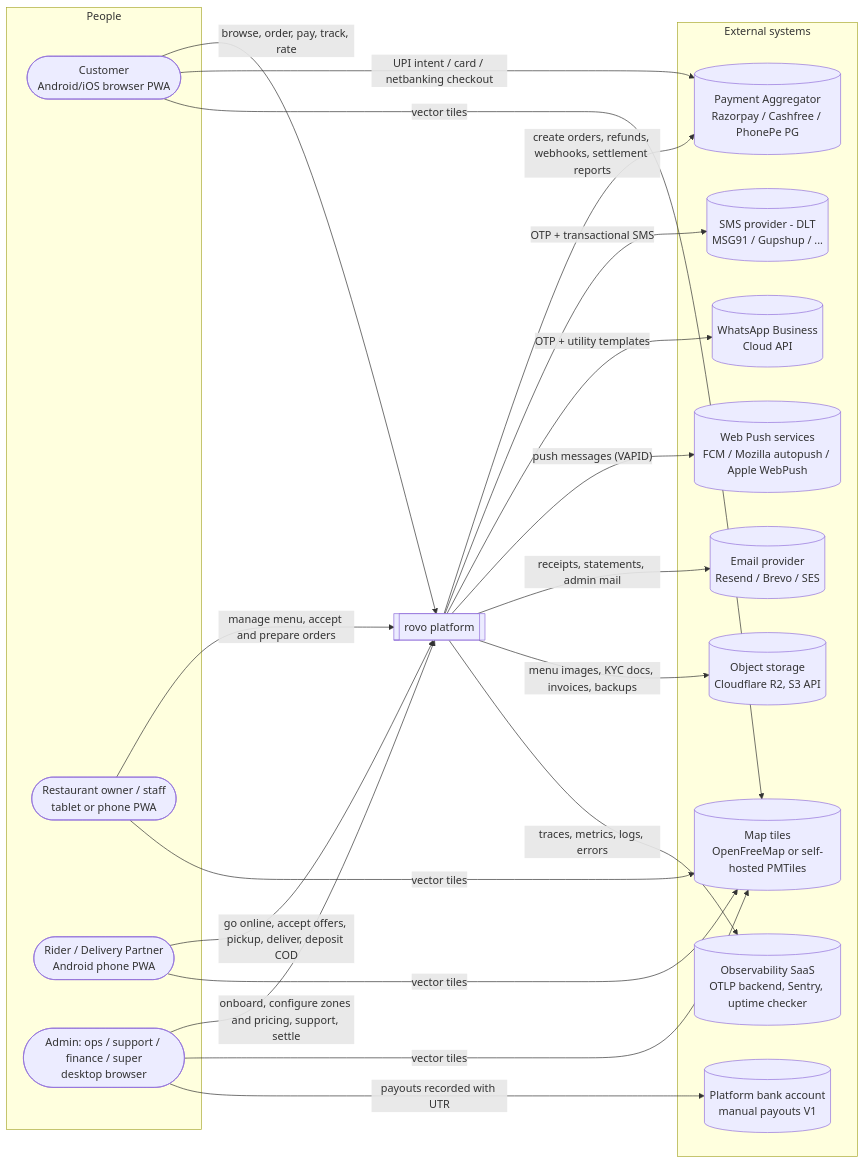
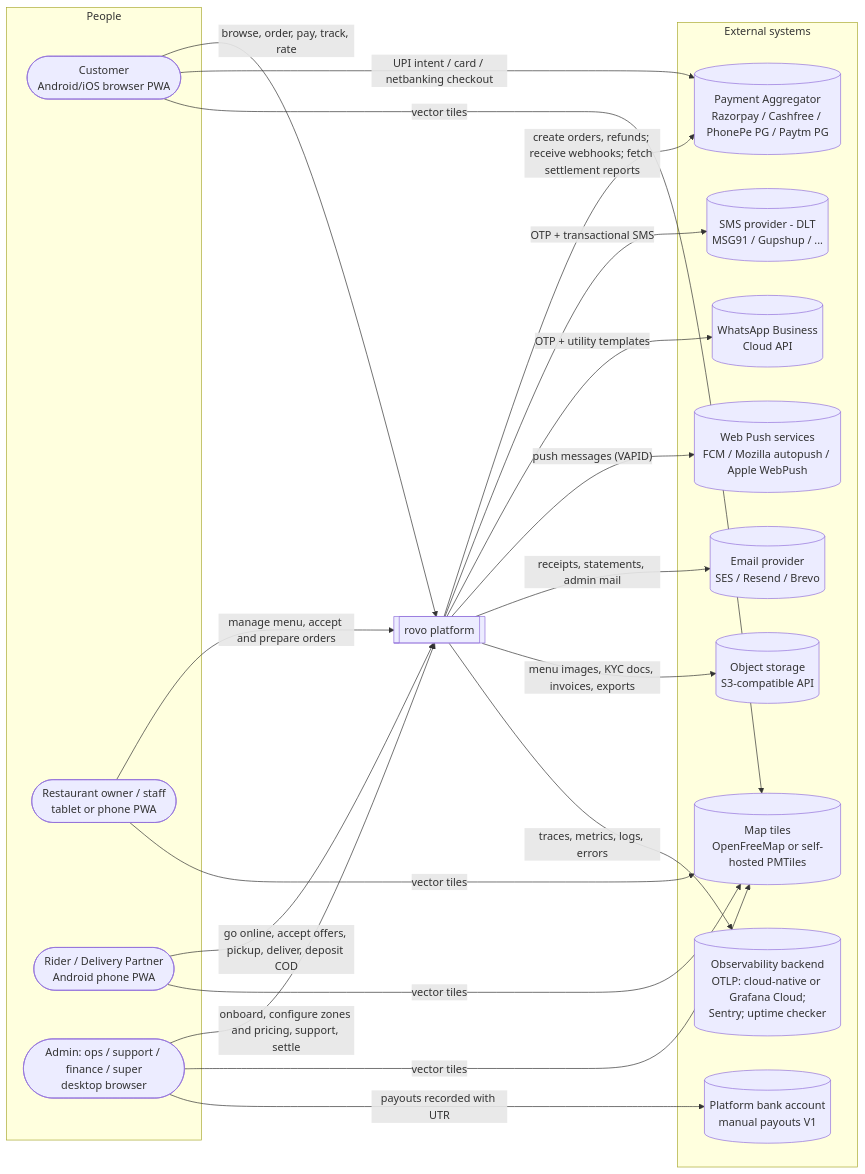
One commit to storetmobiles2-code/rovo changed the first of 11 diagrams in docs/planning/08-system-architecture.md. Above: the diagram before and after it, drawn with Mermaid. The commit also changed other lines of this file and 8 other files, not shown here.

````diff
--- a/docs/planning/08-system-architecture.md
+++ b/docs/planning/08-system-architecture.md
@@ -29,39 +30,39 @@
 ```mermaid
 flowchart LR
     subgraph People
         C([Customer<br/>Android/iOS browser PWA])
         R([Restaurant owner / staff<br/>tablet or phone PWA])
         D([Rider / Delivery Partner<br/>Android phone PWA])
         A([Admin: ops / support / finance / super<br/>desktop browser])
     end
 
     ROVO[[rovo platform]]
 
     subgraph External systems
-        PA[(Payment Aggregator<br/>Razorpay / Cashfree / PhonePe PG)]
+        PA[(Payment Aggregator<br/>Razorpay / Cashfree / PhonePe PG / Paytm PG)]
         OTP[(SMS provider - DLT<br/>MSG91 / Gupshup / ...)]
         WA[(WhatsApp Business<br/>Cloud API)]
         WP[(Web Push services<br/>FCM / Mozilla autopush / Apple WebPush)]
-        EM[(Email provider<br/>Resend / Brevo / SES)]
+        EM[(Email provider<br/>SES / Resend / Brevo)]
         MAP[(Map tiles<br/>OpenFreeMap or self-hosted PMTiles)]
-        OBJ[(Object storage<br/>Cloudflare R2, S3 API)]
-        OBS[(Observability SaaS<br/>OTLP backend, Sentry, uptime checker)]
+        OBJ[(Object storage<br/>S3-compatible API)]
+        OBS[(Observability backend<br/>OTLP: cloud-native or Grafana Cloud;<br/>Sentry; uptime checker)]
         BANK[(Platform bank account<br/>manual payouts V1)]
     end
 
     C -- browse, order, pay, track, rate --> ROVO
     R -- manage menu, accept and prepare orders --> ROVO
     D -- go online, accept offers, pickup, deliver, deposit COD --> ROVO
     A -- onboard, configure zones and pricing, support, settle --> ROVO
 
-    ROVO -- create orders, refunds, webhooks, settlement reports --> PA
+    ROVO -- create orders, refunds; receive webhooks; fetch settlement reports --> PA
     C -- UPI intent / card / netbanking checkout --> PA
     ROVO -- OTP + transactional SMS --> OTP
     ROVO -- OTP + utility templates --> WA
     ROVO -- push messages (VAPID) --> WP
     ROVO -- receipts, statements, admin mail --> EM
     C & R & D & A -- vector tiles --> MAP
-    ROVO -- menu images, KYC docs, invoices, backups --> OBJ
+    ROVO -- menu images, KYC docs, invoices, exports --> OBJ
     ROVO -- traces, metrics, logs, errors --> OBS
     A -- payouts recorded with UTR --> BANK
 ```
````
